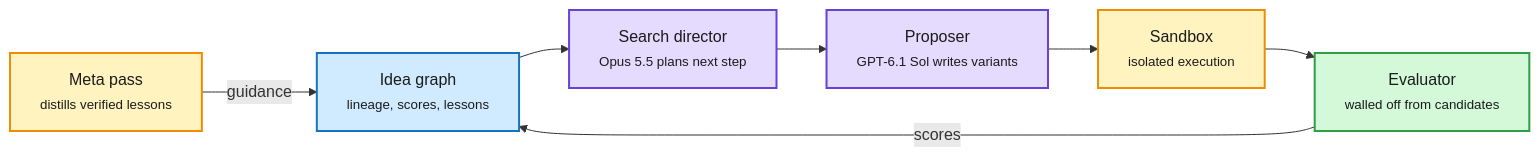
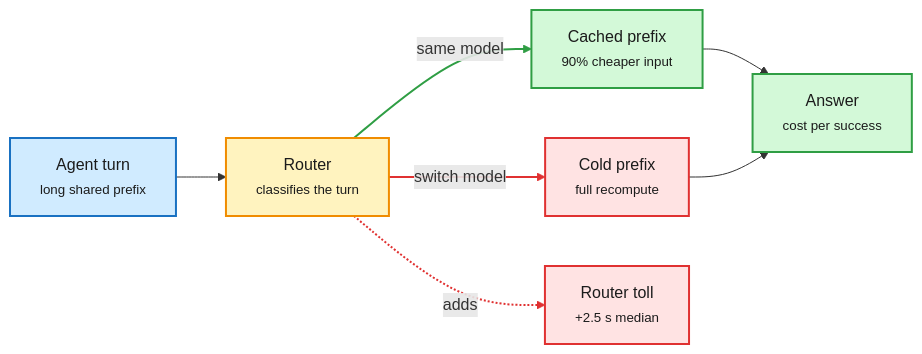
Before and after one commit to bayesiansapien/cere-bro: the diagram in wiki/media-zone/2026-10/2026-10-08.md, drawn with Mermaid. The commit also changed other lines of this file, not shown here.

````diff
--- a/wiki/media-zone/2026-10/2026-10-08.md
+++ b/wiki/media-zone/2026-10/2026-10-08.md
@@ -118,17 +22,20 @@
 ```mermaid
 flowchart LR
-  G["Idea graph<br/><small>lineage, scores, lessons</small>"] --> D["Search director<br/><small>Opus 5.5 plans next step</small>"]
-  D --> P["Proposer<br/><small>GPT-6.1 Sol writes variants</small>"]
-  P --> S["Sandbox<br/><small>isolated execution</small>"]
-  S --> E["Evaluator<br/><small>walled off from candidates</small>"]
-  E -->|scores| G
-  M["Meta pass<br/><small>distills verified lessons</small>"] -->|guidance| G
+  Q["Agent turn<br/><small>long shared prefix</small>"] --> R["Router<br/><small>classifies the turn</small>"]
+  R -->|same model| C["Cached prefix<br/><small>90% cheaper input</small>"]
+  R -->|switch model| M["Cold prefix<br/><small>full recompute</small>"]
+  R -.->|adds| T["Router toll<br/><small>+2.5 s median</small>"]
+  C --> O["Answer<br/><small>cost per success</small>"]
+  M --> O
   classDef input fill:#d0ebff,stroke:#1971c2,color:#1b1b1b,stroke-width:2px
-  classDef core fill:#e5dbff,stroke:#6741d9,color:#1b1b1b,stroke-width:2px
   classDef loop fill:#fff3bf,stroke:#f08c00,color:#1b1b1b,stroke-width:2px
   classDef exit fill:#d3f9d8,stroke:#2f9e44,color:#1b1b1b,stroke-width:2px
-  class G input
-  class D,P core
-  class S,M loop
-  class E exit
+  classDef err fill:#ffe3e3,stroke:#e03131,color:#1b1b1b,stroke-width:2px
+  class Q input
+  class R loop
+  class C,O exit
+  class M,T err
+  linkStyle 1 stroke:#2f9e44,stroke-width:2px
+  linkStyle 2 stroke:#e03131,stroke-width:2px
+  linkStyle 3 stroke:#e03131,stroke-width:2px
 ```
````
